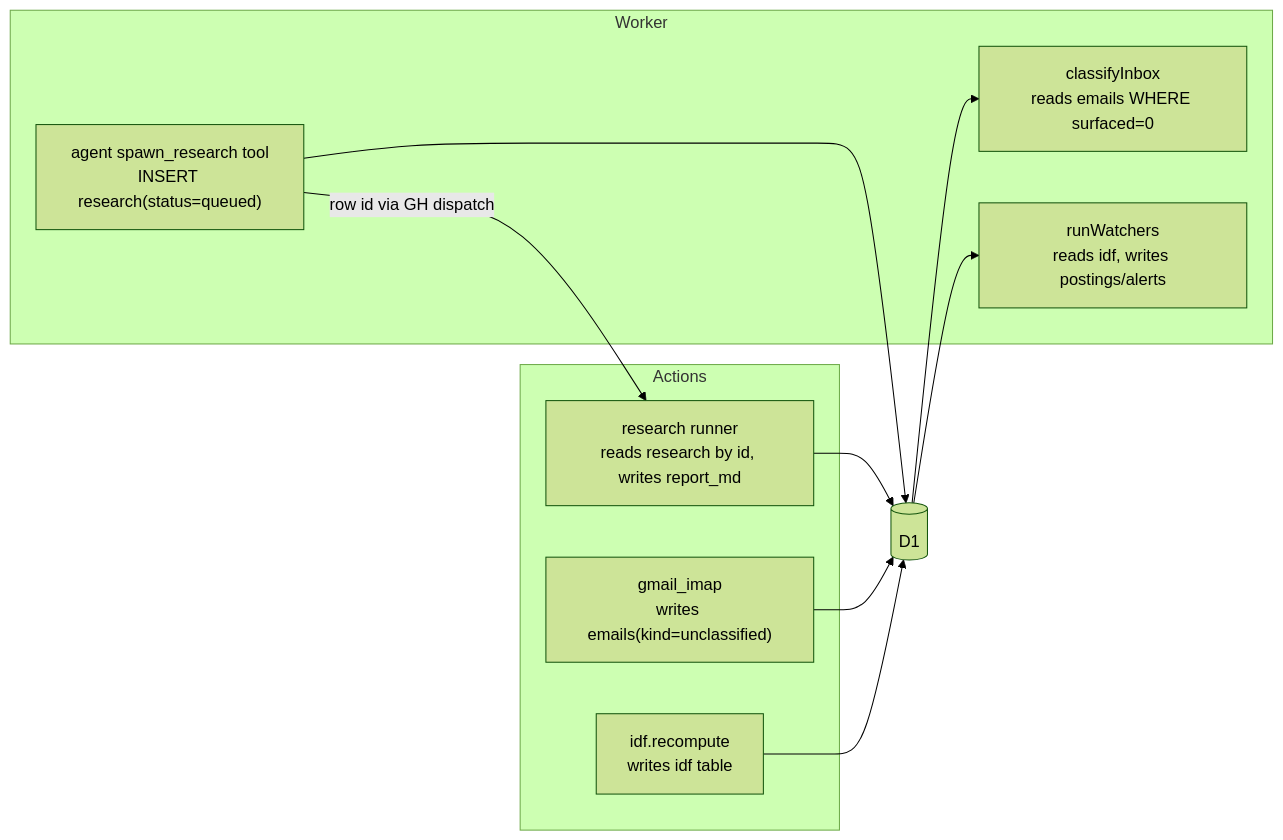
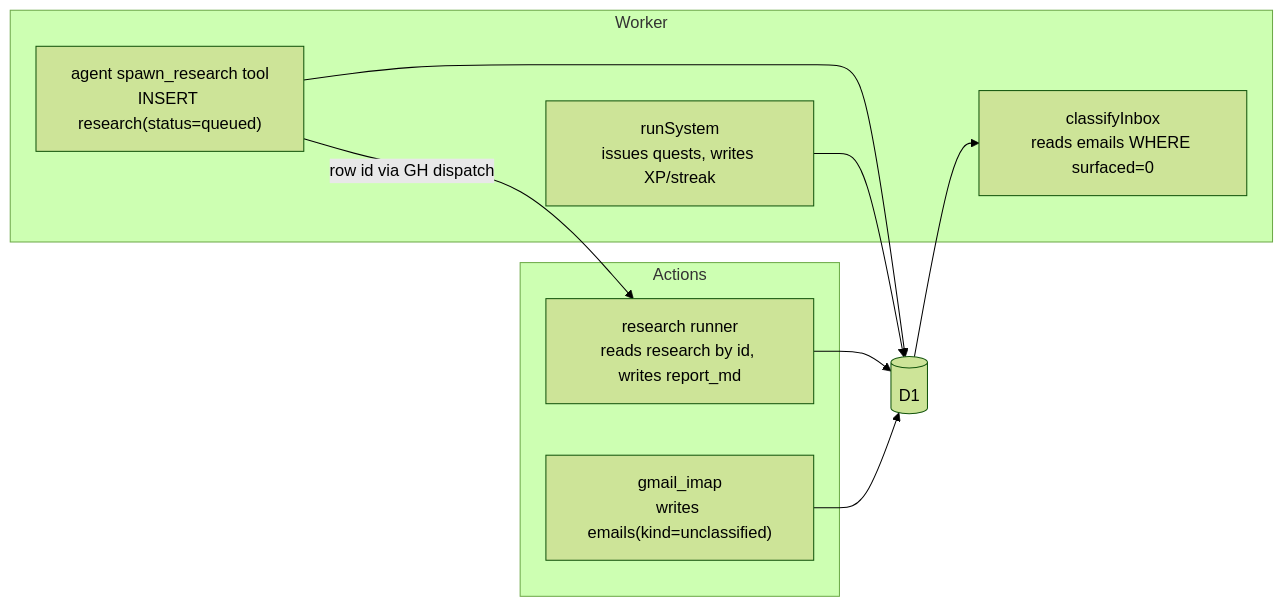
One commit to saquibjawedbit/grabber changed the second of 8 diagrams in docs/01-architecture.md. Above: the diagram before and after it, drawn with Mermaid (forest theme). The commit also changed other lines of this file and 25 other files, not shown here.

````diff
--- a/docs/01-architecture.md
+++ b/docs/01-architecture.md
@@ -54,19 +53,18 @@
 ```mermaid
 flowchart LR
   subgraph W["Worker"]
     w1["agent spawn_research tool<br/>INSERT research(status=queued)"]
     w2["classifyInbox<br/>reads emails WHERE surfaced=0"]
-    w3["runWatchers<br/>reads idf, writes postings/alerts"]
+    w3["runSystem<br/>issues quests, writes XP/streak"]
   end
   subgraph A["Actions"]
     a1["research runner<br/>reads research by id, writes report_md"]
     a2["gmail_imap<br/>writes emails(kind=unclassified)"]
-    a3["idf.recompute<br/>writes idf table"]
   end
   db[("D1")]
   w1 -->|"row id via GH dispatch"| a1
   a1 --> db
   w1 --> db
+  w3 --> db
   a2 --> db --> w2
-  a3 --> db --> w3
 ```
````
